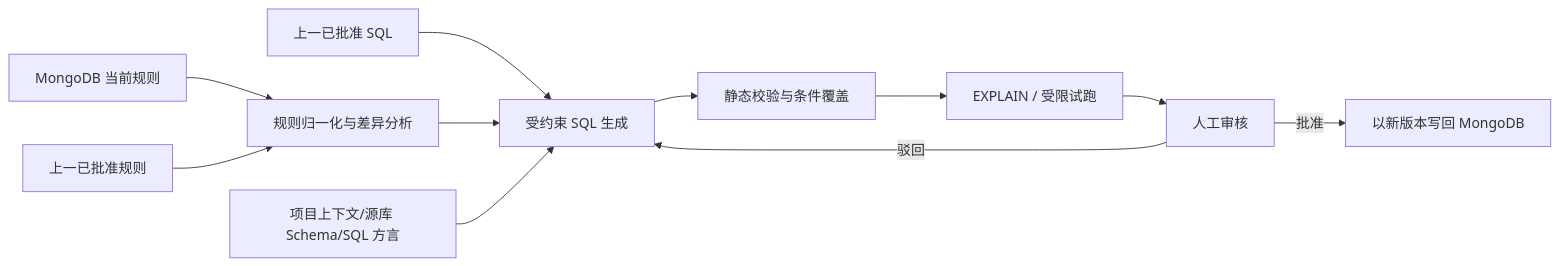
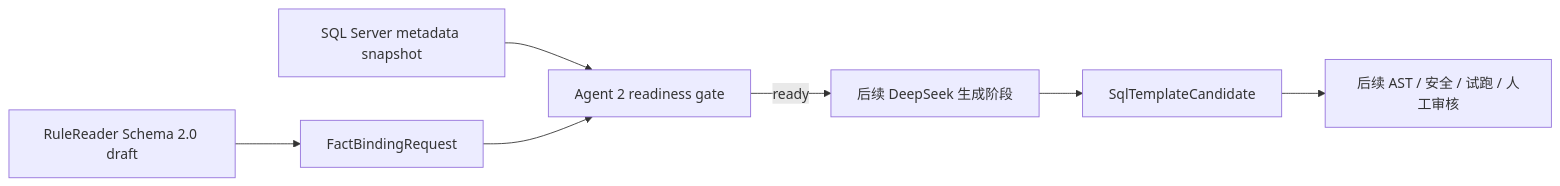
One commit to colglaze/SqlBot changed the diagram in README.md. Above: the diagram before and after it, drawn with Mermaid. The commit also changed other lines of this file and 31 other files, not shown here.

Commit message:
feat: add fact binding intake contracts

````diff
--- a/README.md
+++ b/README.md
@@ -64,13 +38,9 @@
 ```mermaid
 flowchart LR
-    A[MongoDB 当前规则] --> D[规则归一化与差异分析]
-    B[上一已批准规则] --> D
-    C[上一已批准 SQL] --> E[受约束 SQL 生成]
-    D --> E
-    P[项目上下文/源库 Schema/SQL 方言] --> E
-    E --> F[静态校验与条件覆盖]
-    F --> G[EXPLAIN / 受限试跑]
-    G --> H[人工审核]
-    H -->|批准| I[以新版本写回 MongoDB]
-    H -->|驳回| E
+    A[RuleReader Schema 2.0 draft] --> B[FactBindingRequest]
+    M[SQL Server metadata snapshot] --> C[Agent 2 readiness gate]
+    B --> C
+    C -->|ready| D[后续 DeepSeek 生成阶段]
+    D --> E[SqlTemplateCandidate]
+    E --> F[后续 AST / 安全 / 试跑 / 人工审核]
 ```
````
